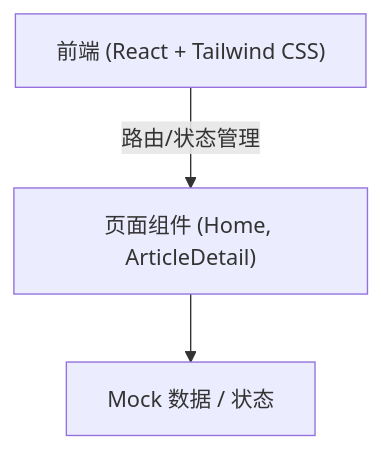
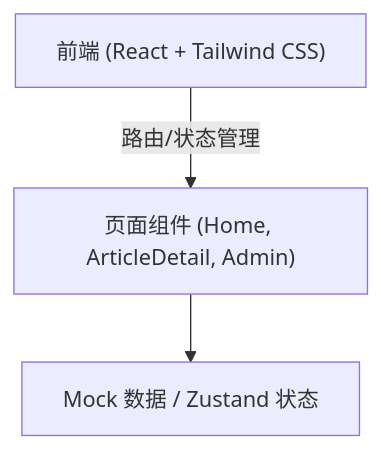
Before and after one commit to Yxl20240310/blog: the diagram in .trae/documents/technical-architecture.md, drawn with Mermaid. The commit also changed other lines of this file and 10 other files, not shown here.

````diff
--- a/.trae/documents/technical-architecture.md
+++ b/.trae/documents/technical-architecture.md
@@ -4,5 +4,5 @@
 ```mermaid
 graph TD
-    A["前端 (React + Tailwind CSS)"] -->|路由/状态管理| B["页面组件 (Home, ArticleDetail)"]
-    B --> C["Mock 数据 / 状态"]
+    A["前端 (React + Tailwind CSS)"] -->|路由/状态管理| B["页面组件 (Home, ArticleDetail, Admin)"]
+    B --> C["Mock 数据 / Zustand 状态"]
 ```
````
